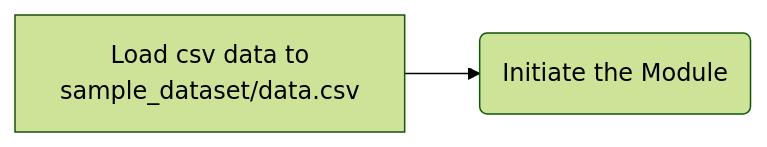
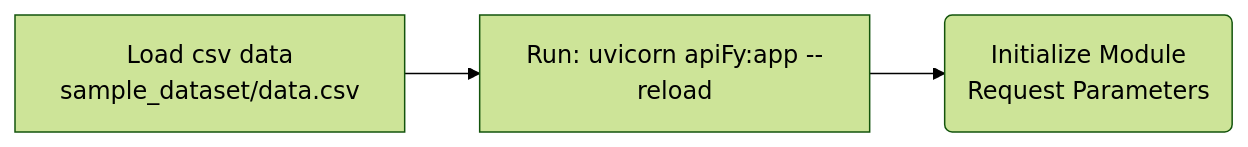
One commit to mhennn/APIFY changed the diagram in README.md. Above: the diagram before and after it, drawn with Mermaid (forest theme). The commit also changed other lines of this file and 3 other files, not shown here.

````diff
--- a/README.md
+++ b/README.md
@@ -44,4 +44,5 @@
 ```mermaid
 graph LR
-    A[Load csv data to <br/>sample_dataset/data.csv] --> B(Initiate the Module)
+    A[Load csv data<br/>sample_dataset/data.csv] --> B[Run: uvicorn apiFy:app --reload]
+    B --> C(Initialize Module<br/>Request Parameters)
 ```
````
